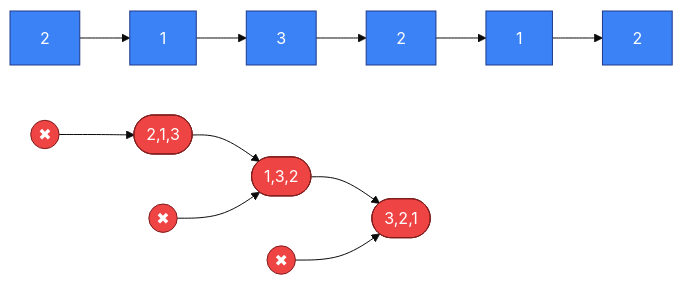
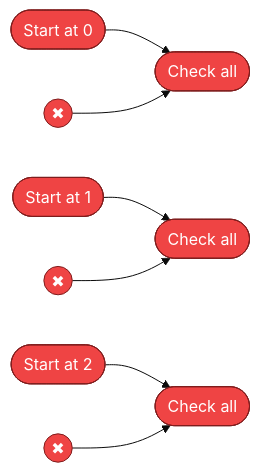
One commit to bhaskarneerati/coding-mermaid-diagrams changed the fourth of 11 diagrams in sliding-window.md. Above: the diagram before and after it, drawn with Mermaid (base theme). The commit also changed other lines of this file, not shown here.

````diff
--- a/sliding-window.md
+++ b/sliding-window.md
@@ -64,16 +58,14 @@
 ```mermaid
 flowchart LR
-R1[2] --> R2[1] --> R3[3] --> R4[2] --> R5[1] --> R6[2]
+A([Start at 0]) --> B([Check all])
+C([Start at 1]) --> D([Check all])
+E([Start at 2]) --> F([Check all])
 
-subA([2,1,3]) --> subB([1,3,2]) --> subC([3,2,1])
+X1((✖)) --> B
+X2((✖)) --> D
+X3((✖)) --> F
 
-X1((✖)) --> subA
-X2((✖)) --> subB
-X3((✖)) --> subC
-
-classDef base fill:#3b82f6,stroke:#1e3a8a,color:#ffffff;
 classDef bad fill:#ef4444,stroke:#7f1d1d,color:#ffffff;
 
-class R1,R2,R3,R4,R5,R6 base;
-class subA,subB,subC,X1,X2,X3 bad;
+class A,B,C,D,E,F,X1,X2,X3 bad;
 ```
````
